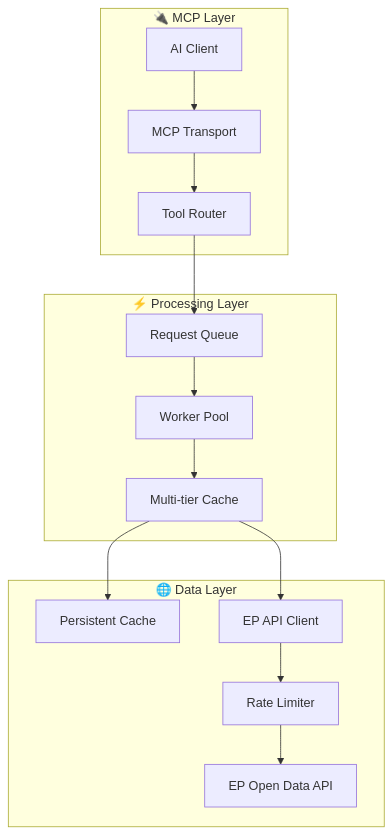
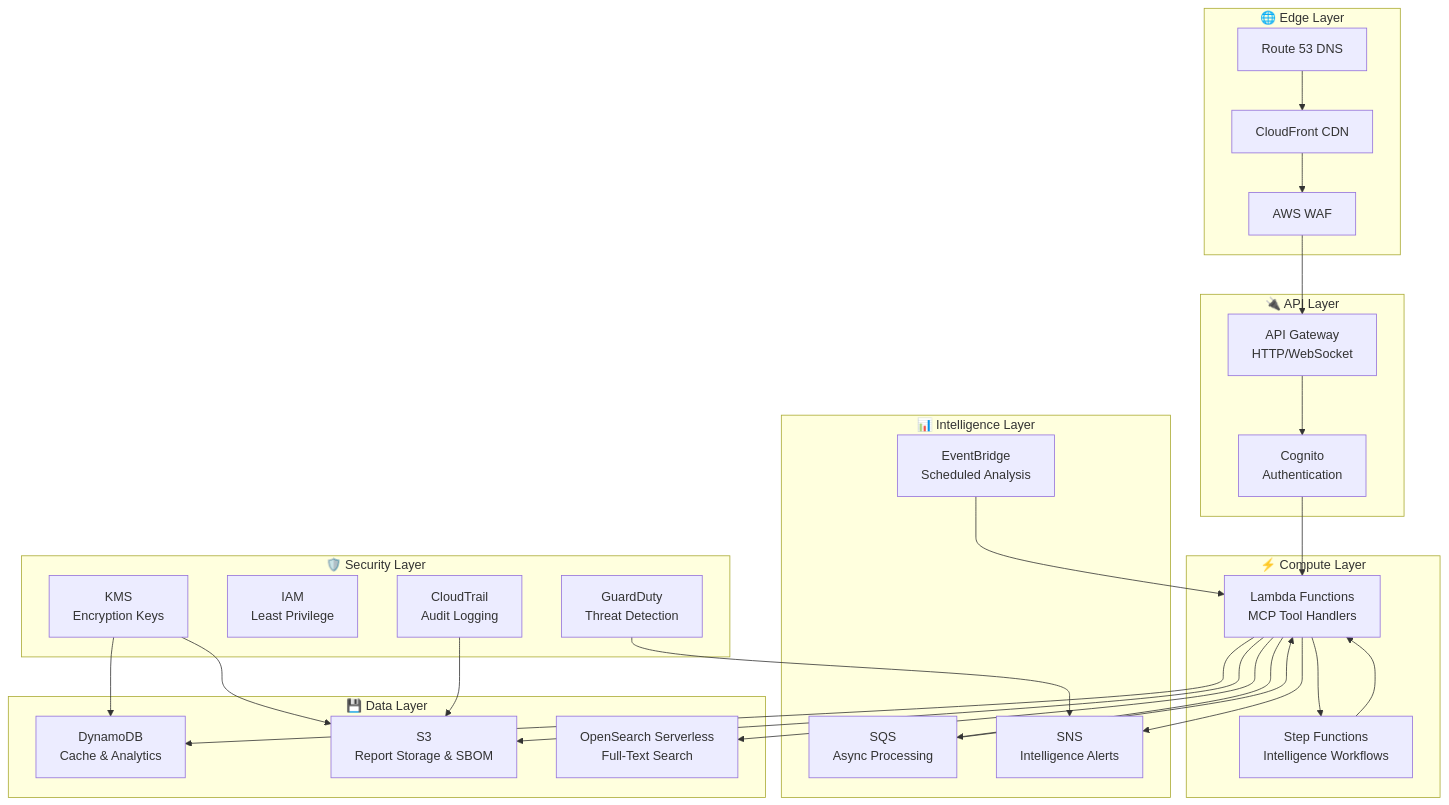
Before and after one commit to Hack23/European-Parliament-MCP-Server: the second of 5 diagrams in FUTURE_ARCHITECTURE.md, drawn with Mermaid. The commit also changed other lines of this file and 6 other files, not shown here.

Commit message:
Update all FUTURE_* docs with serverless AWS-only strategy and CIA OSINT intelligence tools

````diff
--- a/FUTURE_ARCHITECTURE.md
+++ b/FUTURE_ARCHITECTURE.md
@@ -116,18 +93,44 @@
 ```mermaid
 graph TB
-    subgraph "🔌 MCP Layer"
-        CLIENT[AI Client] --> TRANSPORT[MCP Transport]
-        TRANSPORT --> ROUTER[Tool Router]
+    subgraph "🌐 Edge Layer"
+        CF[CloudFront CDN]
+        WAF[AWS WAF]
+        R53[Route 53 DNS]
     end
-    subgraph "⚡ Processing Layer"
-        ROUTER --> QUEUE[Request Queue]
-        QUEUE --> POOL[Worker Pool]
-        POOL --> CACHE[Multi-tier Cache]
+    subgraph "🔌 API Layer"
+        APIGW[API Gateway<br>HTTP/WebSocket]
+        COGNITO[Cognito<br>Authentication]
     end
-    subgraph "🌐 Data Layer"
-        CACHE --> PERSISTENT[Persistent Cache]
-        CACHE --> API[EP API Client]
-        API --> LIMITER[Rate Limiter]
-        LIMITER --> EP[EP Open Data API]
+    subgraph "⚡ Compute Layer"
+        LAMBDA[Lambda Functions<br>MCP Tool Handlers]
+        STEP[Step Functions<br>Intelligence Workflows]
     end
+    subgraph "💾 Data Layer"
+        DDB[DynamoDB<br>Cache & Analytics]
+        S3[S3<br>Report Storage & SBOM]
+        ES[OpenSearch Serverless<br>Full-Text Search]
+    end
+    subgraph "📊 Intelligence Layer"
+        EVENTBRIDGE[EventBridge<br>Scheduled Analysis]
+        SQS[SQS<br>Async Processing]
+        SNS[SNS<br>Intelligence Alerts]
+    end
+    subgraph "🛡️ Security Layer"
+        KMS[KMS<br>Encryption Keys]
+        IAM[IAM<br>Least Privilege]
+        CT[CloudTrail<br>Audit Logging]
+        GD[GuardDuty<br>Threat Detection]
+    end
+
+    R53 --> CF --> WAF --> APIGW
+    APIGW --> COGNITO --> LAMBDA
+    LAMBDA --> DDB & S3 & ES
+    LAMBDA --> STEP
+    STEP --> LAMBDA
+    EVENTBRIDGE --> LAMBDA
+    LAMBDA --> SQS --> LAMBDA
+    LAMBDA --> SNS
+    KMS --> DDB & S3
+    CT --> S3
+    GD --> SNS
 ```
````
